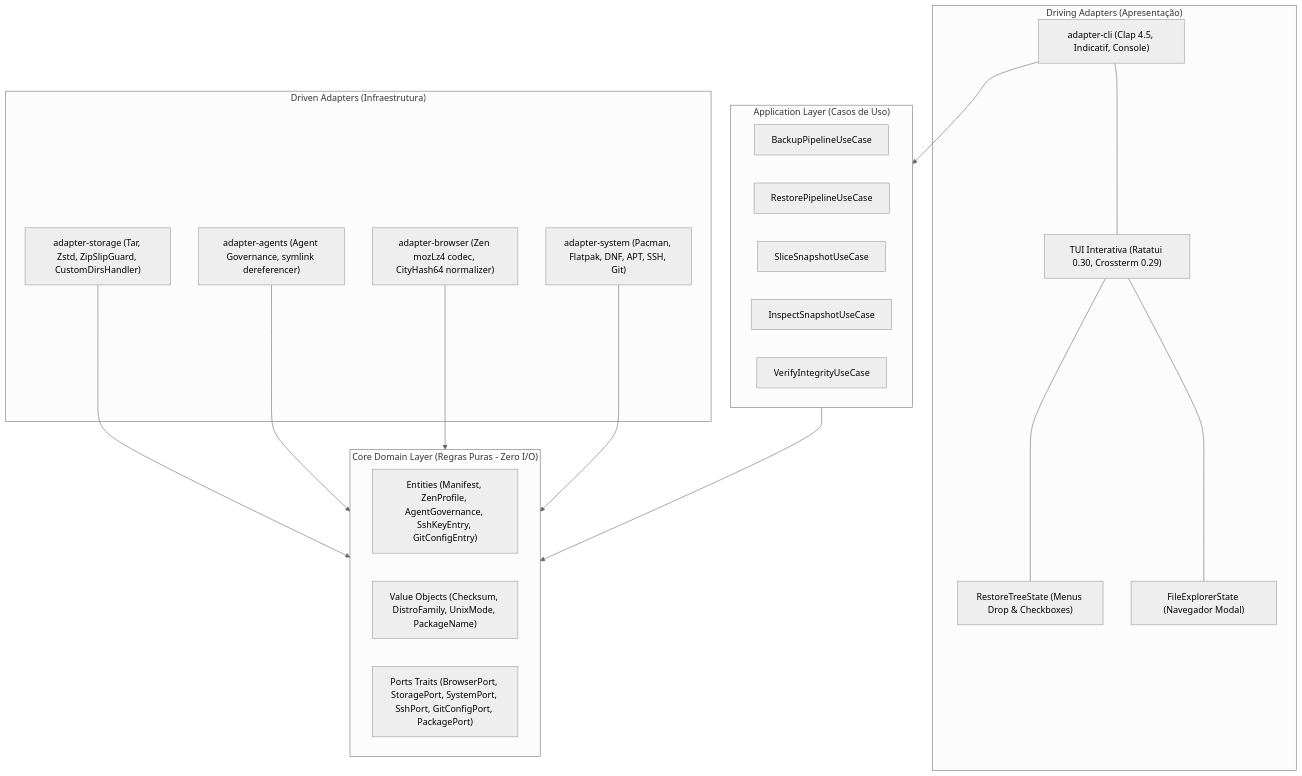
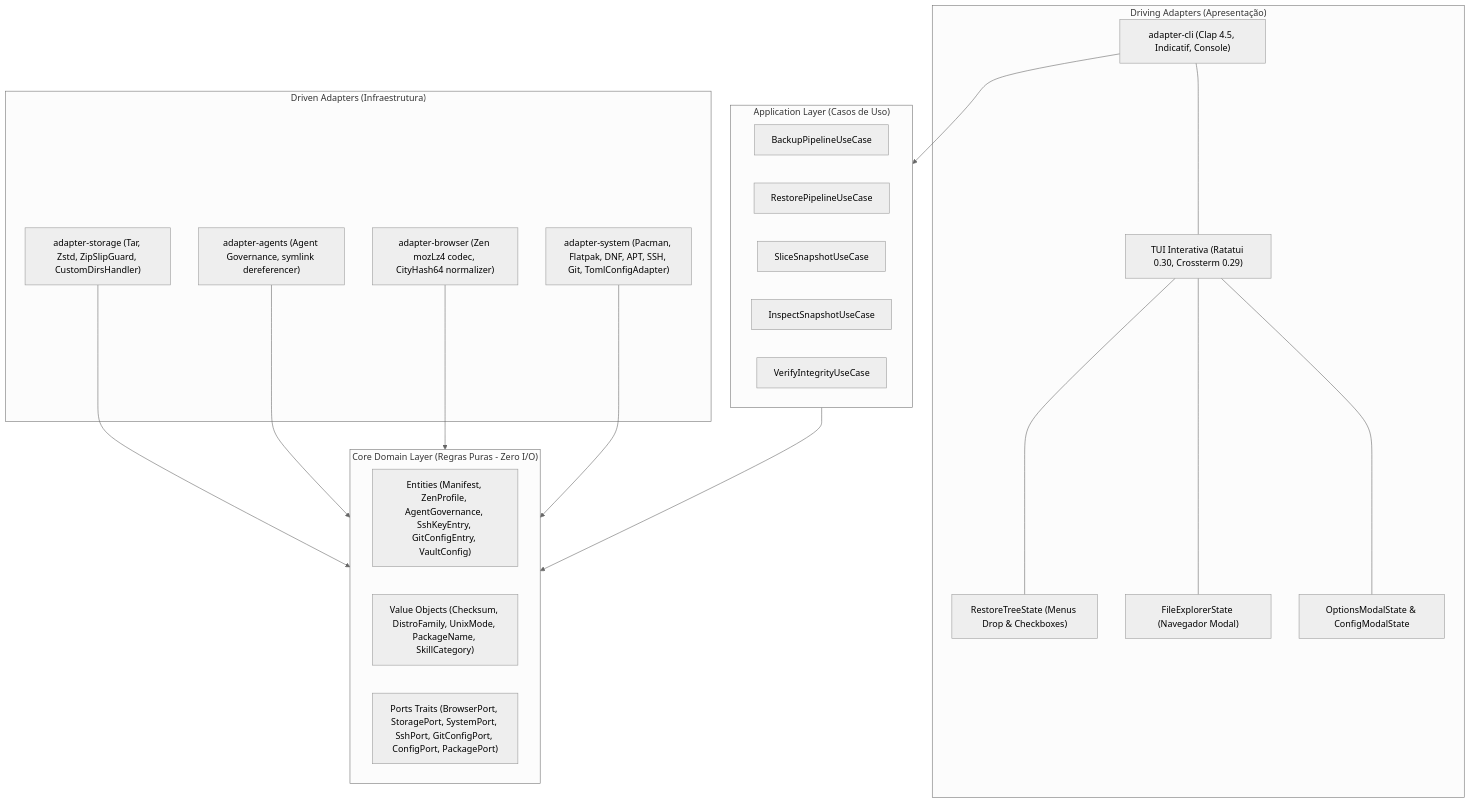
One commit to eduardorwll/distro-vault changed the diagram in README.md. Above: the diagram before and after it, drawn with Mermaid (neutral theme). The commit also changed other lines of this file and 6 other files, not shown here.

````diff
--- a/README.md
+++ b/README.md
@@ -205,40 +244,42 @@
 ```mermaid
 graph TD
     subgraph Driving["Driving Adapters (Apresentação)"]
         CLI["adapter-cli (Clap 4.5, Indicatif, Console)"]
         TUI["TUI Interativa (Ratatui 0.30, Crossterm 0.29)"]
         TREE["RestoreTreeState (Menus Drop & Checkboxes)"]
         EXPL["FileExplorerState (Navegador Modal)"]
+        MODALS["OptionsModalState & ConfigModalState"]
         CLI --- TUI
         TUI --- TREE
         TUI --- EXPL
+        TUI --- MODALS
     end
 
     subgraph App["Application Layer (Casos de Uso)"]
         BACKUP["BackupPipelineUseCase"]
         RESTORE["RestorePipelineUseCase"]
         SLICE["SliceSnapshotUseCase"]
         INSPECT["InspectSnapshotUseCase"]
         VERIFY["VerifyIntegrityUseCase"]
     end
 
     subgraph Core["Core Domain Layer (Regras Puras - Zero I/O)"]
-        ENTITIES["Entities (Manifest, ZenProfile, AgentGovernance, SshKeyEntry, GitConfigEntry)"]
-        VO["Value Objects (Checksum, DistroFamily, UnixMode, PackageName)"]
-        PORTS["Ports Traits (BrowserPort, StoragePort, SystemPort, SshPort, GitConfigPort, PackagePort)"]
+        ENTITIES["Entities (Manifest, ZenProfile, AgentGovernance, SshKeyEntry, GitConfigEntry, VaultConfig)"]
+        VO["Value Objects (Checksum, DistroFamily, UnixMode, PackageName, SkillCategory)"]
+        PORTS["Ports Traits (BrowserPort, StoragePort, SystemPort, SshPort, GitConfigPort, ConfigPort, PackagePort)"]
     end
 
     subgraph Driven["Driven Adapters (Infraestrutura)"]
-        SYS["adapter-system (Pacman, Flatpak, DNF, APT, SSH, Git)"]
+        SYS["adapter-system (Pacman, Flatpak, DNF, APT, SSH, Git, TomlConfigAdapter)"]
         BRW["adapter-browser (Zen mozLz4 codec, CityHash64 normalizer)"]
         AGT["adapter-agents (Agent Governance, symlink dereferencer)"]
         STR["adapter-storage (Tar, Zstd, ZipSlipGuard, CustomDirsHandler)"]
     end
 
     CLI --> App
     App --> Core
     SYS --> Core
     BRW --> Core
     AGT --> Core
     STR --> Core
 ```
````
